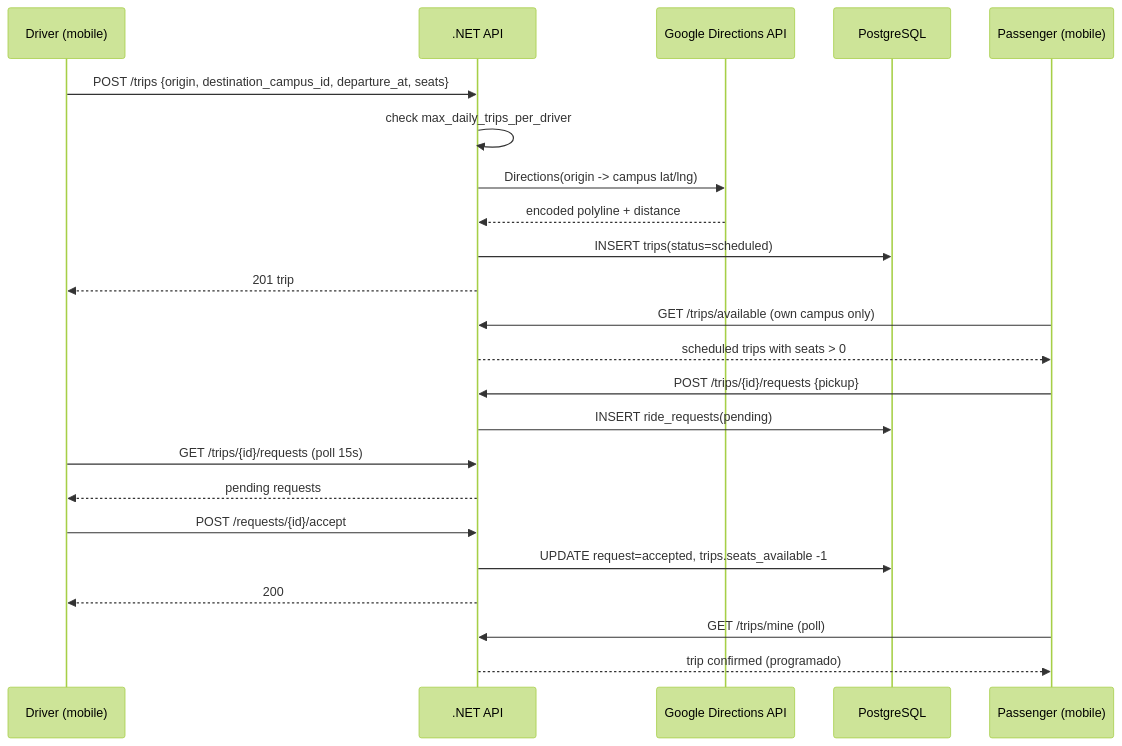
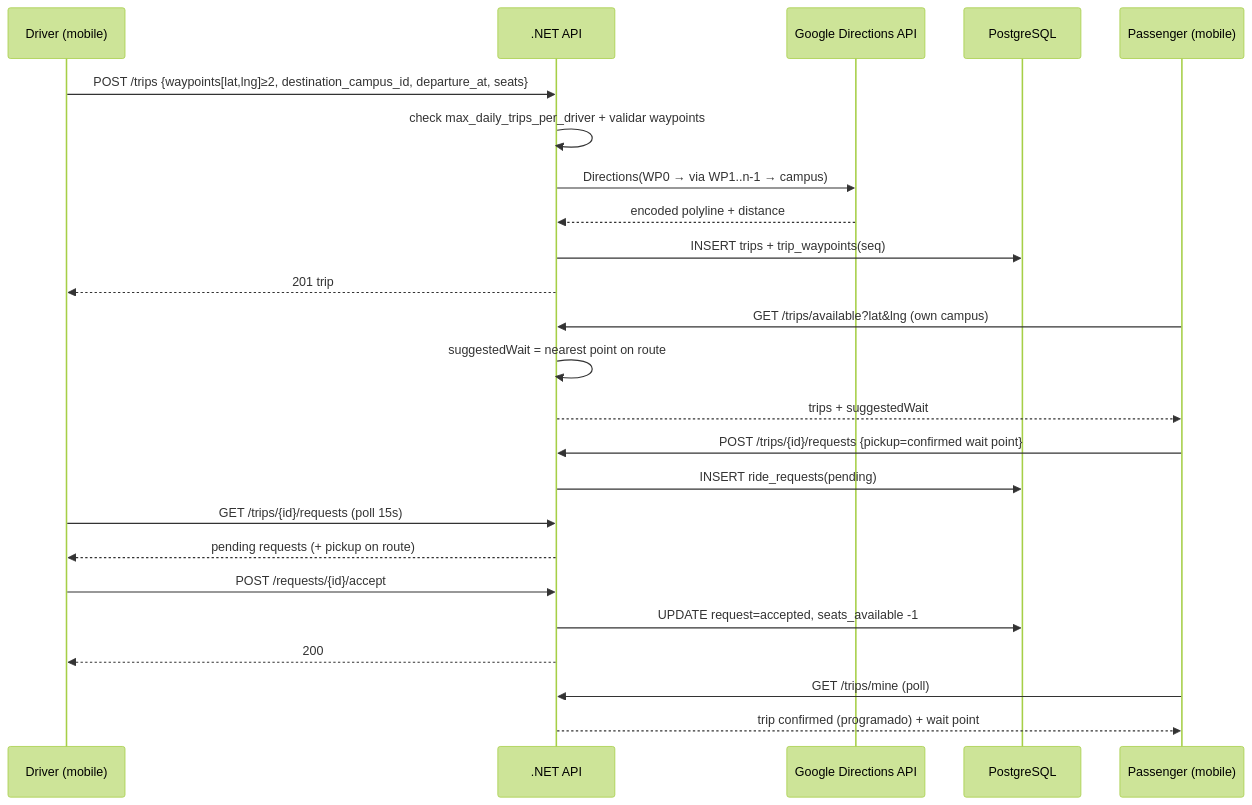
The sixth of 8 diagrams in PLAN.md (Melod7/smart-carpool-security-1), drawn with Mermaid (forest theme) before and after one commit. The commit also changed other lines of this file and 2 other files, not shown here.

Commit message:
docs(plan): v2.7 ruta por waypoints y punto de espera del pasajero

````diff
--- a/PLAN.md
+++ b/PLAN.md
@@ -298,26 +312,27 @@
 ```mermaid
 sequenceDiagram
   participant D as Driver (mobile)
   participant API as .NET API
   participant G as Google Directions API
   participant DB as PostgreSQL
   participant P as Passenger (mobile)
 
-  D->>API: POST /trips {origin, destination_campus_id, departure_at, seats}
-  API->>API: check max_daily_trips_per_driver
-  API->>G: Directions(origin -> campus lat/lng)
+  D->>API: POST /trips {waypoints[lat,lng]≥2, destination_campus_id, departure_at, seats}
+  API->>API: check max_daily_trips_per_driver + validar waypoints
+  API->>G: Directions(WP0 → via WP1..n-1 → campus)
   G-->>API: encoded polyline + distance
-  API->>DB: INSERT trips(status=scheduled)
+  API->>DB: INSERT trips + trip_waypoints(seq)
   API-->>D: 201 trip
-  P->>API: GET /trips/available (own campus only)
-  API-->>P: scheduled trips with seats > 0
-  P->>API: POST /trips/{id}/requests {pickup}
+  P->>API: GET /trips/available?lat&lng (own campus)
+  API->>API: suggestedWait = nearest point on route
+  API-->>P: trips + suggestedWait
+  P->>API: POST /trips/{id}/requests {pickup=confirmed wait point}
   API->>DB: INSERT ride_requests(pending)
   D->>API: GET /trips/{id}/requests (poll 15s)
-  API-->>D: pending requests
+  API-->>D: pending requests (+ pickup on route)
   D->>API: POST /requests/{id}/accept
-  API->>DB: UPDATE request=accepted, trips.seats_available -1
+  API->>DB: UPDATE request=accepted, seats_available -1
   API-->>D: 200
   P->>API: GET /trips/mine (poll)
-  API-->>P: trip confirmed (programado)
+  API-->>P: trip confirmed (programado) + wait point
 ```
````
